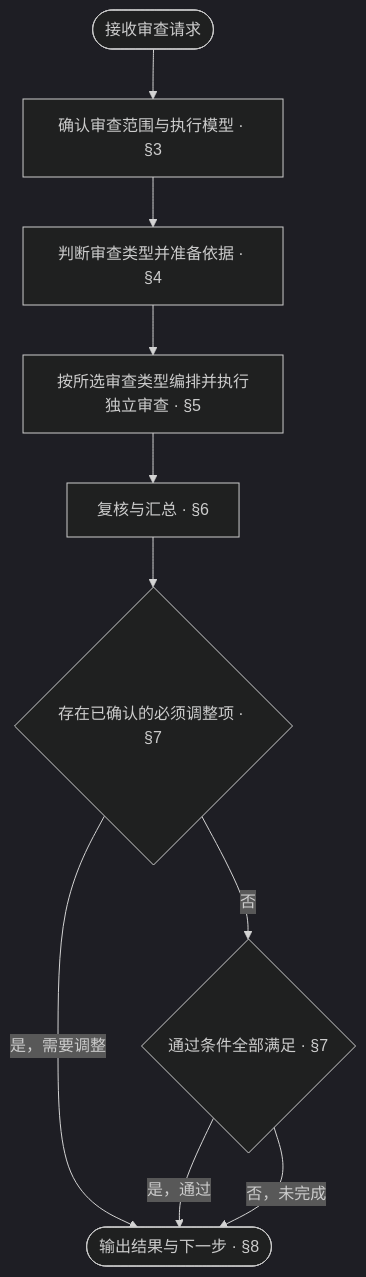
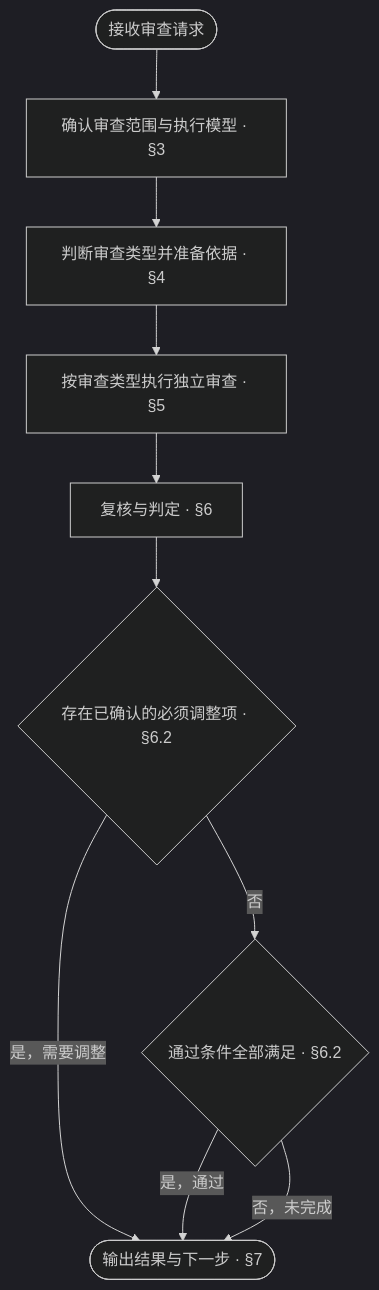
Before and after one commit to ruozi/anyone-can-architect: the first of 2 diagrams in zh-CN/dist/cursor/aca-review/SKILL.md, drawn with Mermaid (dark theme). The commit also changed other lines of this file and 132 other files, not shown here.

````diff
--- a/zh-CN/dist/cursor/aca-review/SKILL.md
+++ b/zh-CN/dist/cursor/aca-review/SKILL.md
@@ -82,12 +84,12 @@
 ```mermaid
 flowchart TD
     Start([接收审查请求]) --> Scope["确认审查范围与执行模型 · §3"]
     Scope --> Check["判断审查类型并准备依据 · §4"]
-    Check --> Audit["按所选审查类型编排并执行独立审查 · §5"]
-    Audit --> Verify["复核与汇总 · §6"]
-    Verify --> Issues{"存在已确认的必须调整项 · §7"}
-    Issues -- 是，需要调整 --> Report(["输出结果与下一步 · §8"])
-    Issues -- 否 --> Complete{"通过条件全部满足 · §7"}
+    Check --> Audit["按审查类型执行独立审查 · §5"]
+    Audit --> Verify["复核与判定 · §6"]
+    Verify --> Issues{"存在已确认的必须调整项 · §6.2"}
+    Issues -- 是，需要调整 --> Report(["输出结果与下一步 · §7"])
+    Issues -- 否 --> Complete{"通过条件全部满足 · §6.2"}
     Complete -- 是，通过 --> Report
     Complete -- 否，未完成 --> Report
 ```
````
